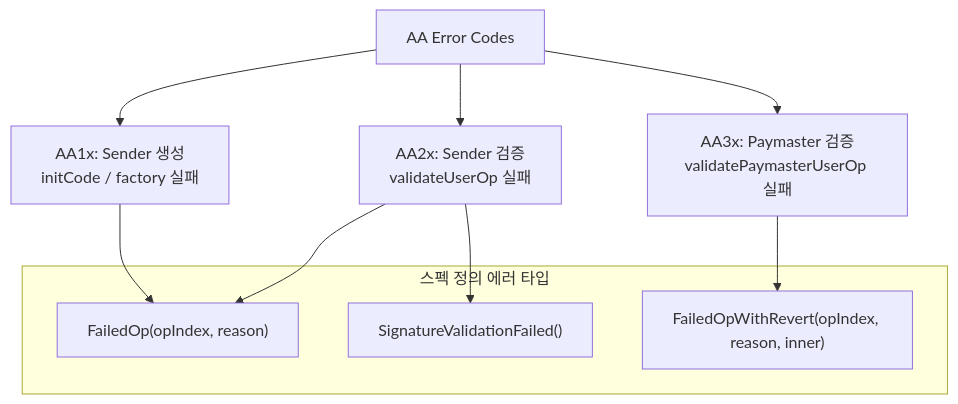
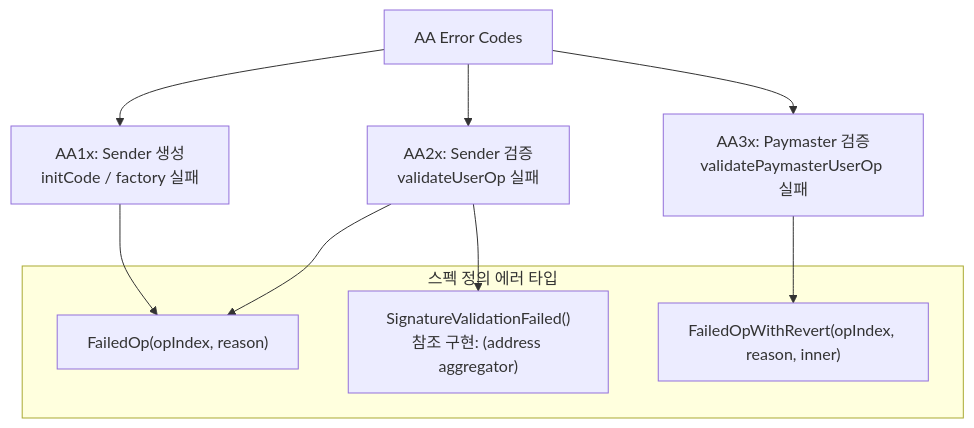
Before and after one commit to onlyhyde/stable-platform: diagram 13 of 22 in docs/claude/spec/EIP-4337_스펙표준_정리.md, drawn with Mermaid. The commit also changed other lines of this file and 10 other files, not shown here.

````diff
--- a/docs/claude/spec/EIP-4337_스펙표준_정리.md
+++ b/docs/claude/spec/EIP-4337_스펙표준_정리.md
@@ -632,19 +650,19 @@
 ```mermaid
 flowchart TB
     ERR[AA Error Codes]
 
     ERR --> AA1["AA1x: Sender 생성<br/>initCode / factory 실패"]
     ERR --> AA2["AA2x: Sender 검증<br/>validateUserOp 실패"]
     ERR --> AA3["AA3x: Paymaster 검증<br/>validatePaymasterUserOp 실패"]
 
     subgraph Error Types ["스펙 정의 에러 타입"]
         E1["FailedOp(opIndex, reason)"]
         E2["FailedOpWithRevert(opIndex, reason, inner)"]
-        E4["SignatureValidationFailed()"]
+        E4["SignatureValidationFailed()<br/>참조 구현: (address aggregator)"]
     end
 
     AA1 --> E1
     AA2 --> E1
     AA2 --> E4
     AA3 --> E2
 ```
````
